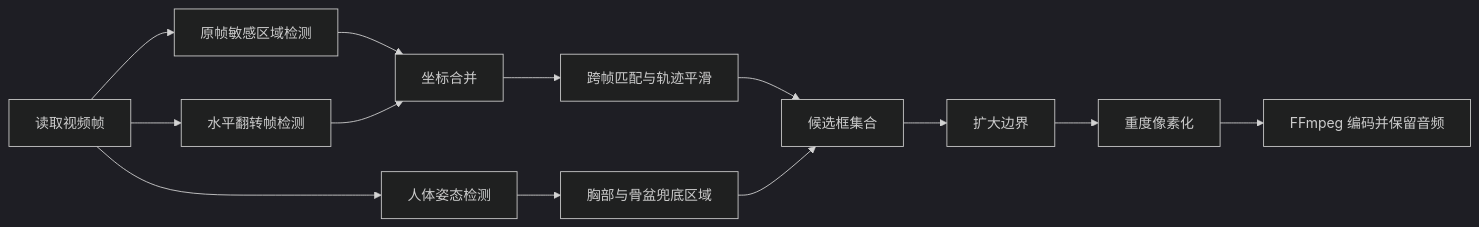
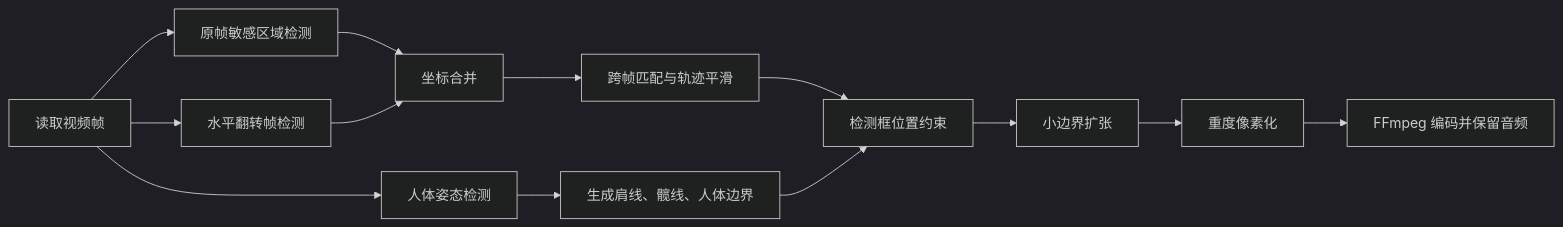
One commit to rookiebruce/auto-sensitive-mosaic changed the diagram in README.md. Above: the diagram before and after it, drawn with Mermaid (dark theme). The commit also changed other lines of this file and 1 other file, not shown here.

````diff
--- a/README.md
+++ b/README.md
@@ -29,15 +29,15 @@
 ```mermaid
 flowchart LR
-    A[读取视频帧] --> B[原帧敏感区域检测]
-    A --> C[水平翻转帧检测]
-    B --> D[坐标合并]
+    A["读取视频帧"] --> B["原帧敏感区域检测"]
+    A --> C["水平翻转帧检测"]
+    B --> D["坐标合并"]
     C --> D
-    D --> E[跨帧匹配与轨迹平滑]
-    A --> F[人体姿态检测]
-    F --> G[胸部与骨盆兜底区域]
-    E --> H[候选框集合]
+    D --> E["跨帧匹配与轨迹平滑"]
+    A --> F["人体姿态检测"]
+    F --> G["生成肩线、髋线、人体边界"]
+    E --> H["检测框位置约束"]
     G --> H
-    H --> I[扩大边界]
-    I --> J[重度像素化]
-    J --> K[FFmpeg 编码并保留音频]
+    H --> I["小边界扩张"]
+    I --> J["重度像素化"]
+    J --> K["FFmpeg 编码并保留音频"]
 ```
````
